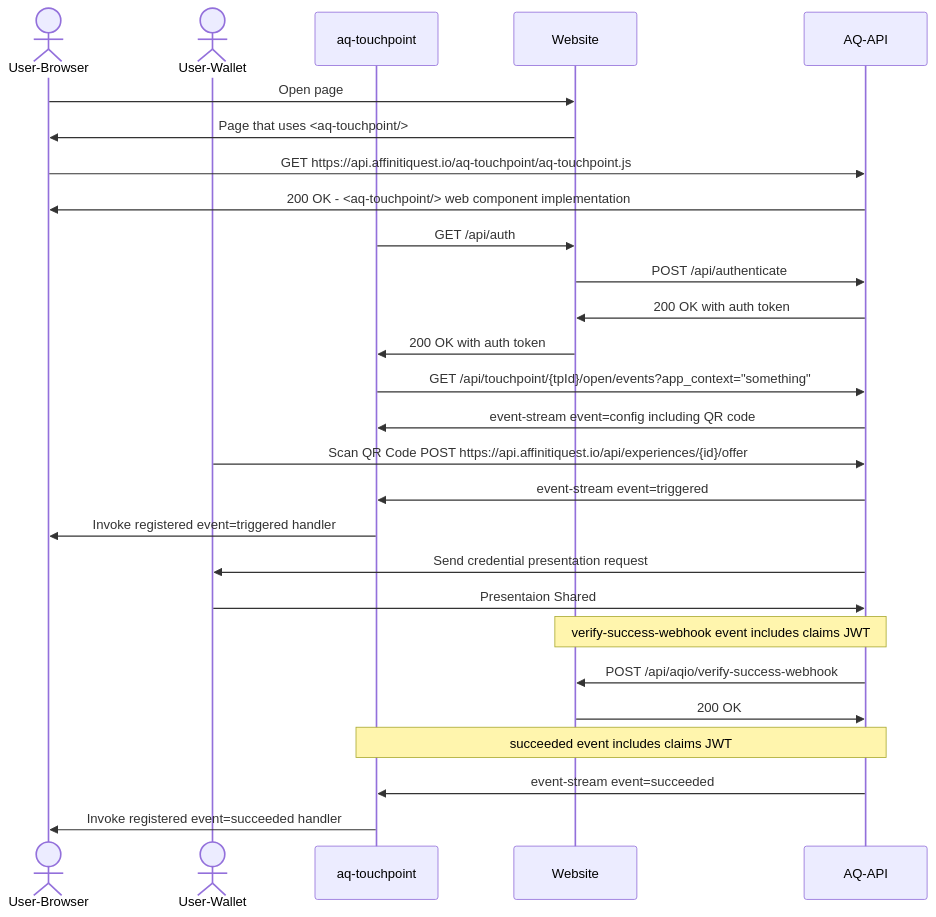
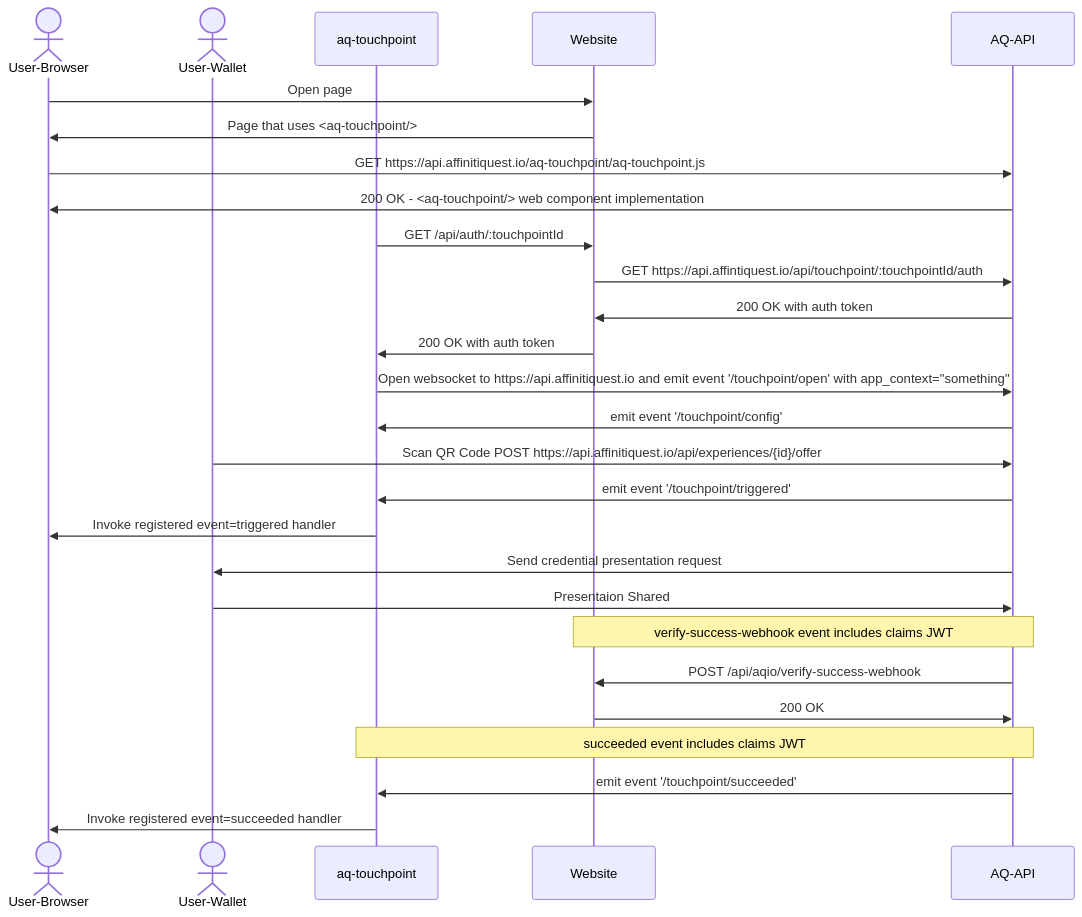
Before and after one commit to AffinitiQuest/aq-touchpoint-samples: the second of 2 diagrams in README.md, drawn with Mermaid. The commit also changed other lines of this file and 2 other files, not shown here.

Commit message:
Update README.md, remotecontrol.md and security.md to reflect changes in the touchpoint design and touchpoint authentication.

````diff
--- a/README.md
+++ b/README.md
@@ -450,30 +490,30 @@
 ```mermaid
  sequenceDiagram
     actor User-Browser
     actor User-Wallet
     participant aq-touchpoint
     participant Website
     participant AQ-API
 
     User-Browser ->> Website : Open page
     Website ->> User-Browser : Page that uses <aq-touchpoint/>
     User-Browser ->> AQ-API : GET https://api.affinitiquest.io/aq-touchpoint/aq-touchpoint.js
     AQ-API ->> User-Browser : 200 OK - <aq-touchpoint/> web component implementation
-    aq-touchpoint ->> Website : GET /api/auth
-    Website ->> AQ-API : POST /api/authenticate
+    aq-touchpoint ->> Website : GET /api/auth/:touchpointId
+    Website ->> AQ-API : GET https://api.affintiquest.io/api/touchpoint/:touchpointId/auth
     AQ-API ->> Website: 200 OK with auth token
     Website ->> aq-touchpoint : 200 OK with auth token
-    aq-touchpoint ->> AQ-API: GET /api/touchpoint/{tpId}/open/events?app_context="something"
-    AQ-API ->> aq-touchpoint: event-stream event=config including QR code
+    aq-touchpoint ->> AQ-API: Open websocket to https://api.affinitiquest.io and emit event '/touchpoint/open' with app_context="something"
+    AQ-API ->> aq-touchpoint: emit event '/touchpoint/config'
     User-Wallet ->> AQ-API : Scan QR Code POST https://api.affinitiquest.io/api/experiences/{id}/offer
-    AQ-API ->> aq-touchpoint: event-stream event=triggered
+    AQ-API ->> aq-touchpoint: emit event '/touchpoint/triggered'
     aq-touchpoint ->> User-Browser: Invoke registered event=triggered handler
     AQ-API ->> User-Wallet : Send credential presentation request
     User-Wallet ->> AQ-API : Presentaion Shared
     Note over AQ-API,Website: verify-success-webhook event includes claims JWT
     AQ-API ->> Website: POST /api/aqio/verify-success-webhook
     Website ->> AQ-API: 200 OK
     Note over AQ-API,aq-touchpoint: succeeded event includes claims JWT
-    AQ-API ->> aq-touchpoint: event-stream event=succeeded
+    AQ-API ->> aq-touchpoint: emit event '/touchpoint/succeeded'
     aq-touchpoint ->> User-Browser: Invoke registered event=succeeded handler
 ```
````
